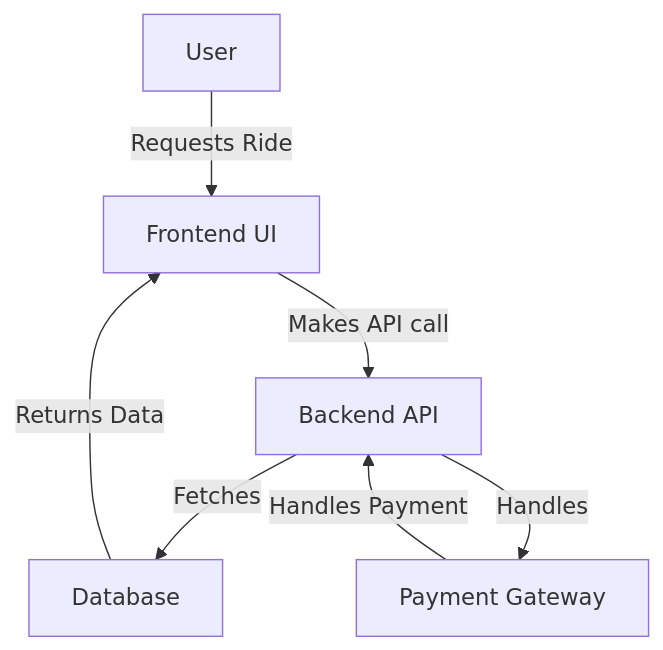
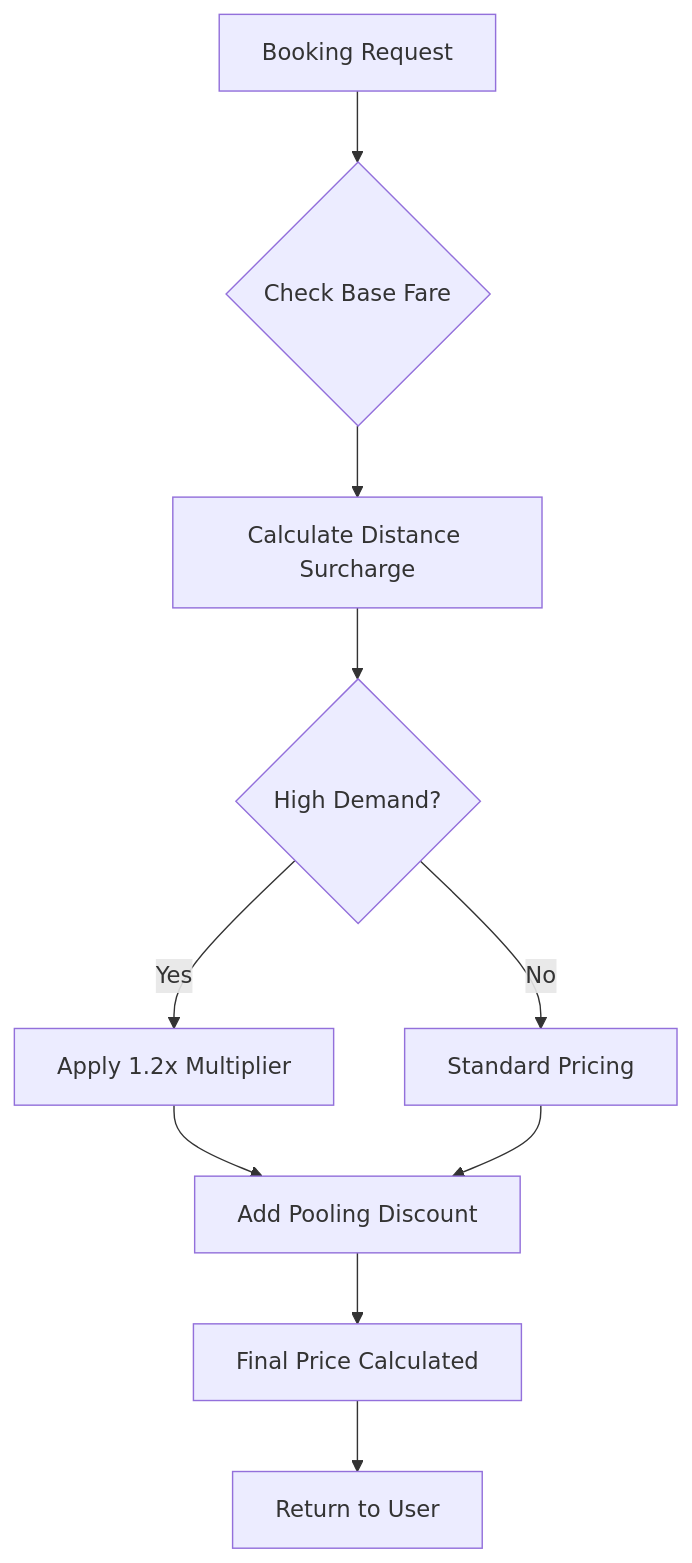
The third of 4 diagrams in DESIGN.md (saad-0012/Smart-Airport-Ride-Pooling-), drawn with Mermaid before and after one commit. The commit also changed other lines of this file, not shown here.

````diff
--- a/DESIGN.md
+++ b/DESIGN.md
@@ -7,9 +165,12 @@
 ```mermaid
-graph TD;
-    A[User] -->|Requests Ride| B[Frontend UI];
-    B -->|Makes API call| C[Backend API];
-    C -->|Fetches| D[Database];
-    C -->|Handles| E[Payment Gateway];
-    D -->|Returns Data| B;
-    E -->|Handles Payment| C;
-```  
+graph TD
+    A[Booking Request] --> B{Check Base Fare}
+    B --> C[Calculate Distance Surcharge]
+    C --> D{High Demand?}
+    D -->|Yes| E[Apply 1.2x Multiplier]
+    D -->|No| F[Standard Pricing]
+    E --> G[Add Pooling Discount]
+    F --> G
+    G --> H[Final Price Calculated]
+    H --> I[Return to User]
+```
````
